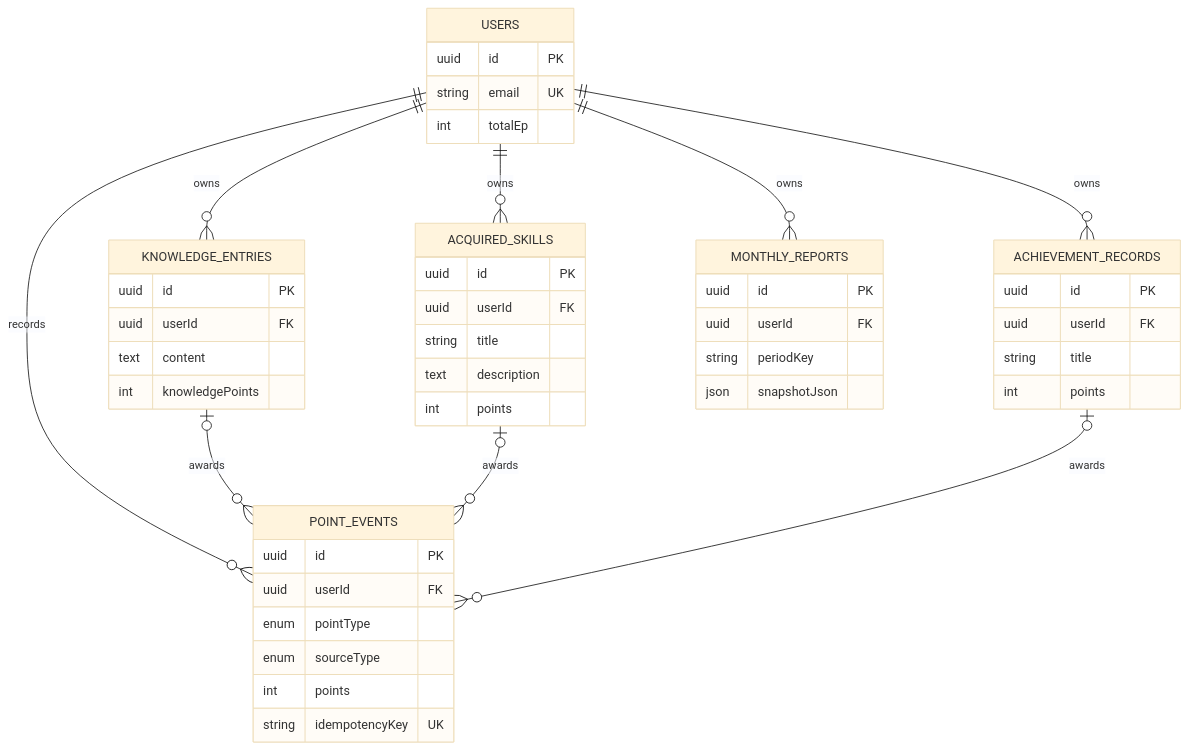
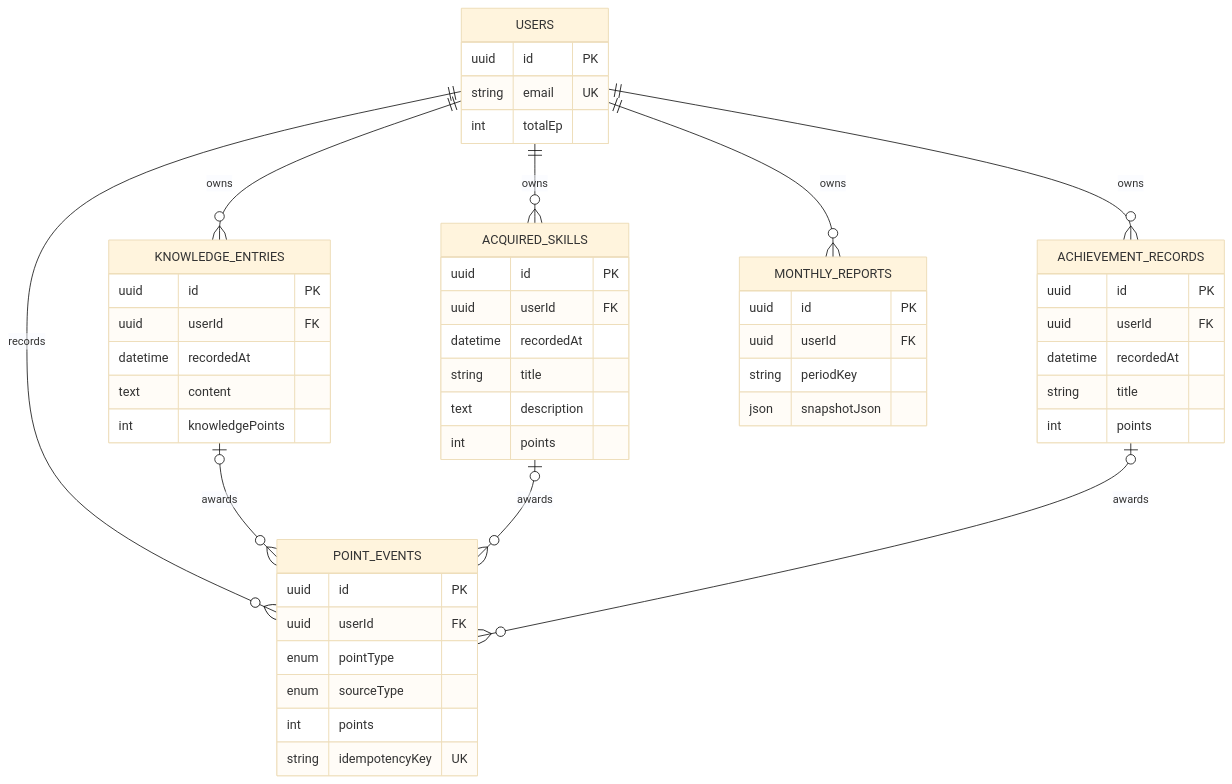
Before and after one commit to tamina0624-study/skill_hunt: the second of 2 diagrams in README.md, drawn with Mermaid (base theme). The commit also changed other lines of this file and 11 other files, not shown here.

````diff
--- a/README.md
+++ b/README.md
@@ -75,50 +75,53 @@
 ```mermaid
 erDiagram
   USERS ||--o{ KNOWLEDGE_ENTRIES : owns
   USERS ||--o{ ACQUIRED_SKILLS : owns
   USERS ||--o{ ACHIEVEMENT_RECORDS : owns
   USERS ||--o{ MONTHLY_REPORTS : owns
   USERS ||--o{ POINT_EVENTS : records
   KNOWLEDGE_ENTRIES o|--o{ POINT_EVENTS : awards
   ACQUIRED_SKILLS o|--o{ POINT_EVENTS : awards
   ACHIEVEMENT_RECORDS o|--o{ POINT_EVENTS : awards
 
   USERS {
     uuid id PK
     string email UK
     int totalEp
   }
   KNOWLEDGE_ENTRIES {
     uuid id PK
     uuid userId FK
+    datetime recordedAt
     text content
     int knowledgePoints
   }
   ACQUIRED_SKILLS {
     uuid id PK
     uuid userId FK
+    datetime recordedAt
     string title
     text description
     int points
   }
   ACHIEVEMENT_RECORDS {
     uuid id PK
     uuid userId FK
+    datetime recordedAt
     string title
     int points
   }
   MONTHLY_REPORTS {
     uuid id PK
     uuid userId FK
     string periodKey
     json snapshotJson
   }
   POINT_EVENTS {
     uuid id PK
     uuid userId FK
     enum pointType
     enum sourceType
     int points
     string idempotencyKey UK
   }
 ```
````
